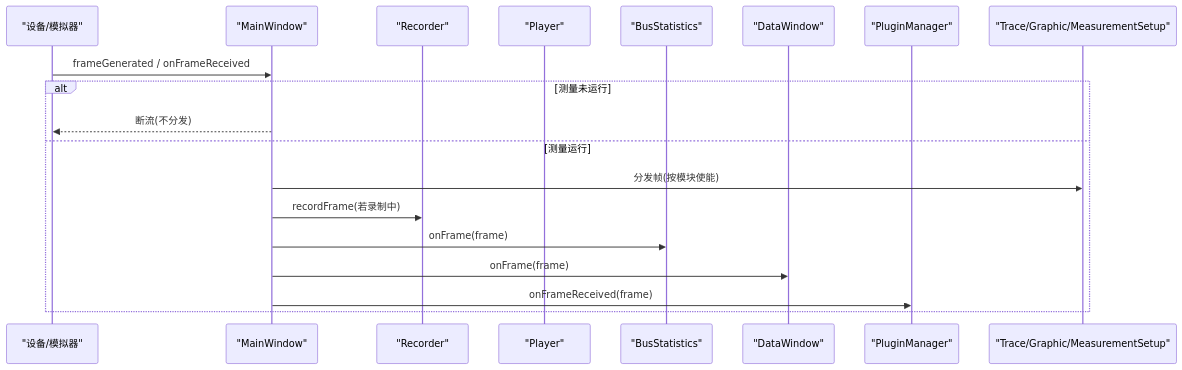
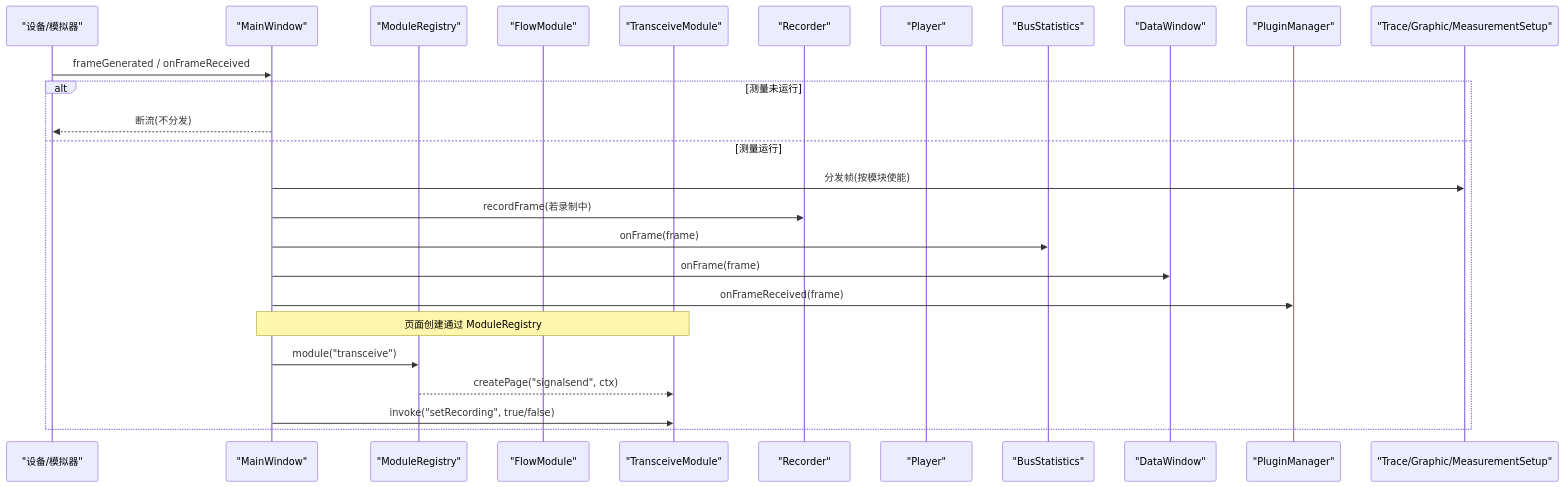
One commit to jakecai1225-design/OpenBus changed the second of 8 diagrams in .qoder/repowiki/zh/content/架构设计/主窗口组件架构.md. Above: the diagram before and after it, drawn with Mermaid. The commit also changed other lines of this file and 177 other files, not shown here.

````diff
--- a/.qoder/repowiki/zh/content/架构设计/主窗口组件架构.md
+++ b/.qoder/repowiki/zh/content/架构设计/主窗口组件架构.md
@@ -78,21 +101,28 @@
 ```mermaid
 sequenceDiagram
 participant Dev as "设备/模拟器"
 participant MW as "MainWindow"
+participant MR as "ModuleRegistry"
+participant FM as "FlowModule"
+participant TM as "TransceiveModule"
 participant Rec as "Recorder"
 participant Plr as "Player"
 participant Bus as "BusStatistics"
 participant DataW as "DataWindow"
 participant Plug as "PluginManager"
 participant Tabs as "Trace/Graphic/MeasurementSetup"
 Dev->>MW : frameGenerated / onFrameReceived
 alt 测量未运行
 MW-->>Dev : 断流(不分发)
 else 测量运行
 MW->>Tabs : 分发帧(按模块使能)
 MW->>Rec : recordFrame(若录制中)
 MW->>Bus : onFrame(frame)
 MW->>DataW : onFrame(frame)
 MW->>Plug : onFrameReceived(frame)
+Note over MW,TM : 页面创建通过 ModuleRegistry
+MW->>MR : module("transceive")
+MR-->>TM : createPage("signalsend", ctx)
+MW->>TM : invoke("setRecording", true/false)
 end
 ```
````
